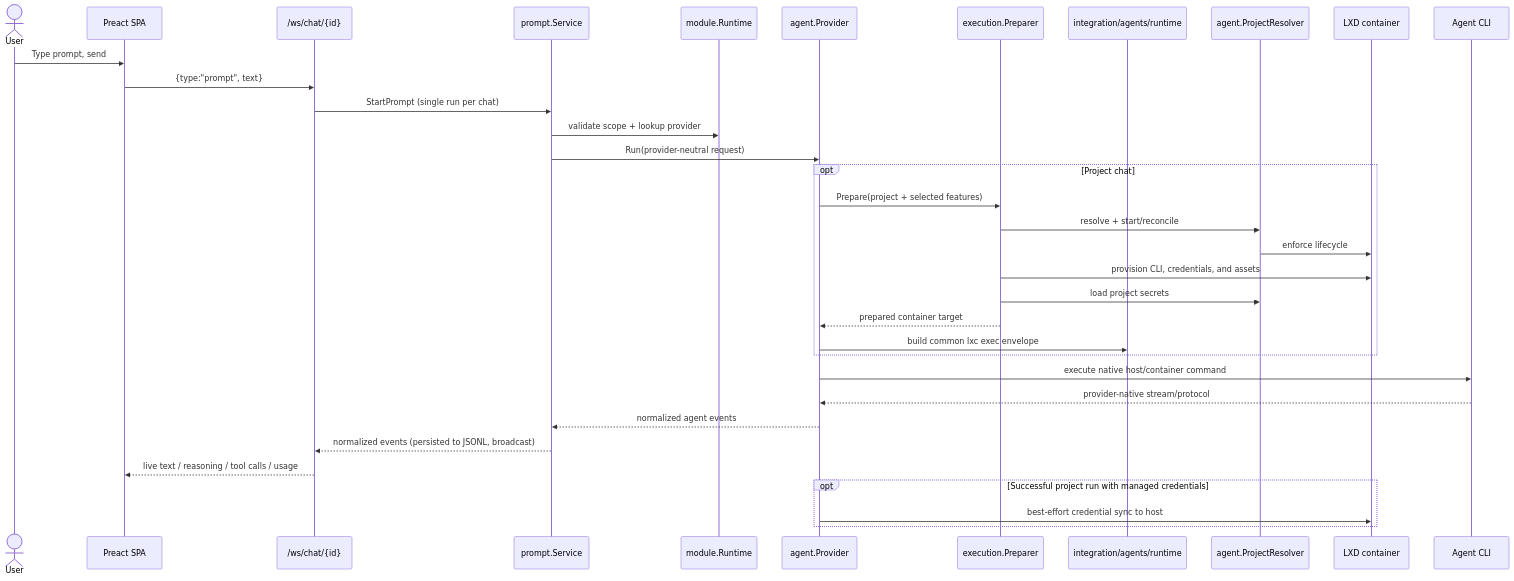
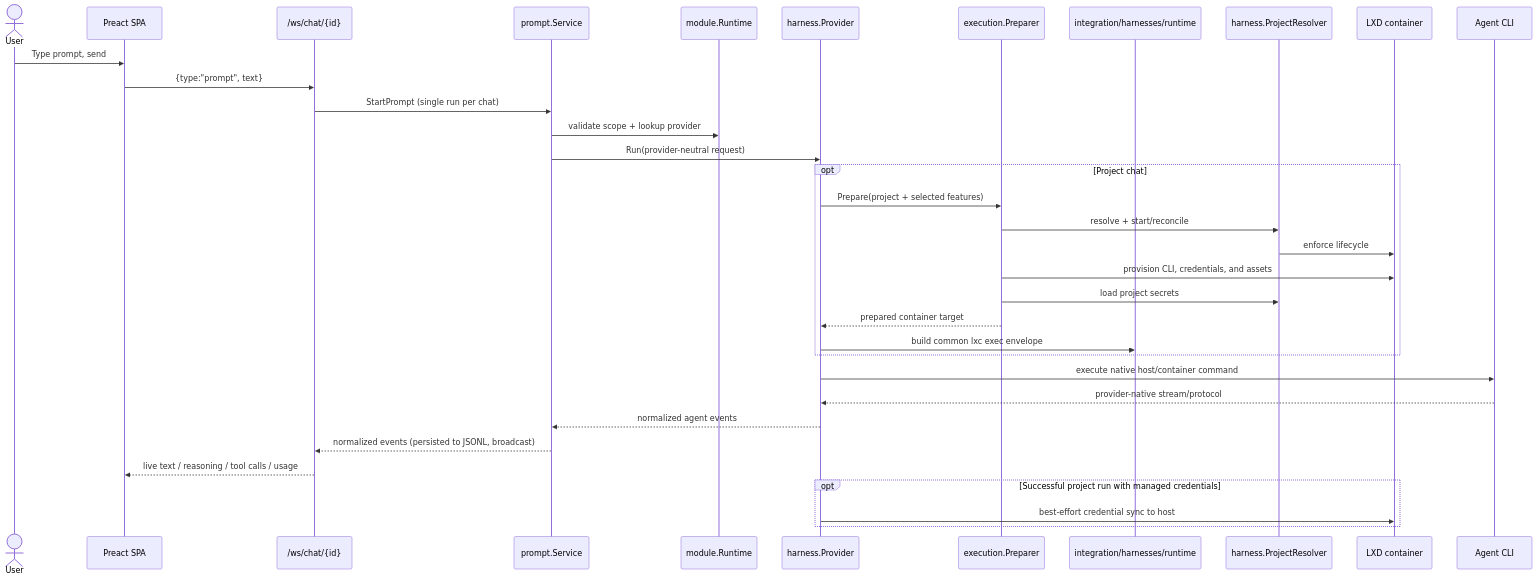
One commit to futrx-com/remote.futrx changed the second of 2 diagrams in ARCHITECTURE.md. Above: the diagram before and after it, drawn with Mermaid. The commit also changed other lines of this file and 359 other files, not shown here.

````diff
--- a/ARCHITECTURE.md
+++ b/ARCHITECTURE.md
@@ -144,37 +144,37 @@
 ```mermaid
 sequenceDiagram
     actor User
     participant SPA as Preact SPA
     participant WS as /ws/chat/{id}
     participant Prompt as prompt.Service
     participant Runtime as module.Runtime
-    participant Provider as agent.Provider
+    participant Provider as harness.Provider
     participant Prep as execution.Preparer
-    participant Cmd as integration/agents/runtime
-    participant Projects as agent.ProjectResolver
+    participant Cmd as integration/harnesses/runtime
+    participant Projects as harness.ProjectResolver
     participant LXD as LXD container
     participant CLI as Agent CLI
 
     User->>SPA: Type prompt, send
     SPA->>WS: {type:"prompt", text}
     WS->>Prompt: StartPrompt (single run per chat)
     Prompt->>Runtime: validate scope + lookup provider
     Prompt->>Provider: Run(provider-neutral request)
     opt Project chat
         Provider->>Prep: Prepare(project + selected features)
         Prep->>Projects: resolve + start/reconcile
         Projects->>LXD: enforce lifecycle
         Prep->>LXD: provision CLI, credentials, and assets
         Prep->>Projects: load project secrets
         Prep-->>Provider: prepared container target
         Provider->>Cmd: build common lxc exec envelope
     end
     Provider->>CLI: execute native host/container command
     CLI-->>Provider: provider-native stream/protocol
     Provider-->>Prompt: normalized agent events
     Prompt-->>WS: normalized events (persisted to JSONL, broadcast)
     WS-->>SPA: live text / reasoning / tool calls / usage
     opt Successful project run with managed credentials
         Provider->>LXD: best-effort credential sync to host
     end
 ```
````
